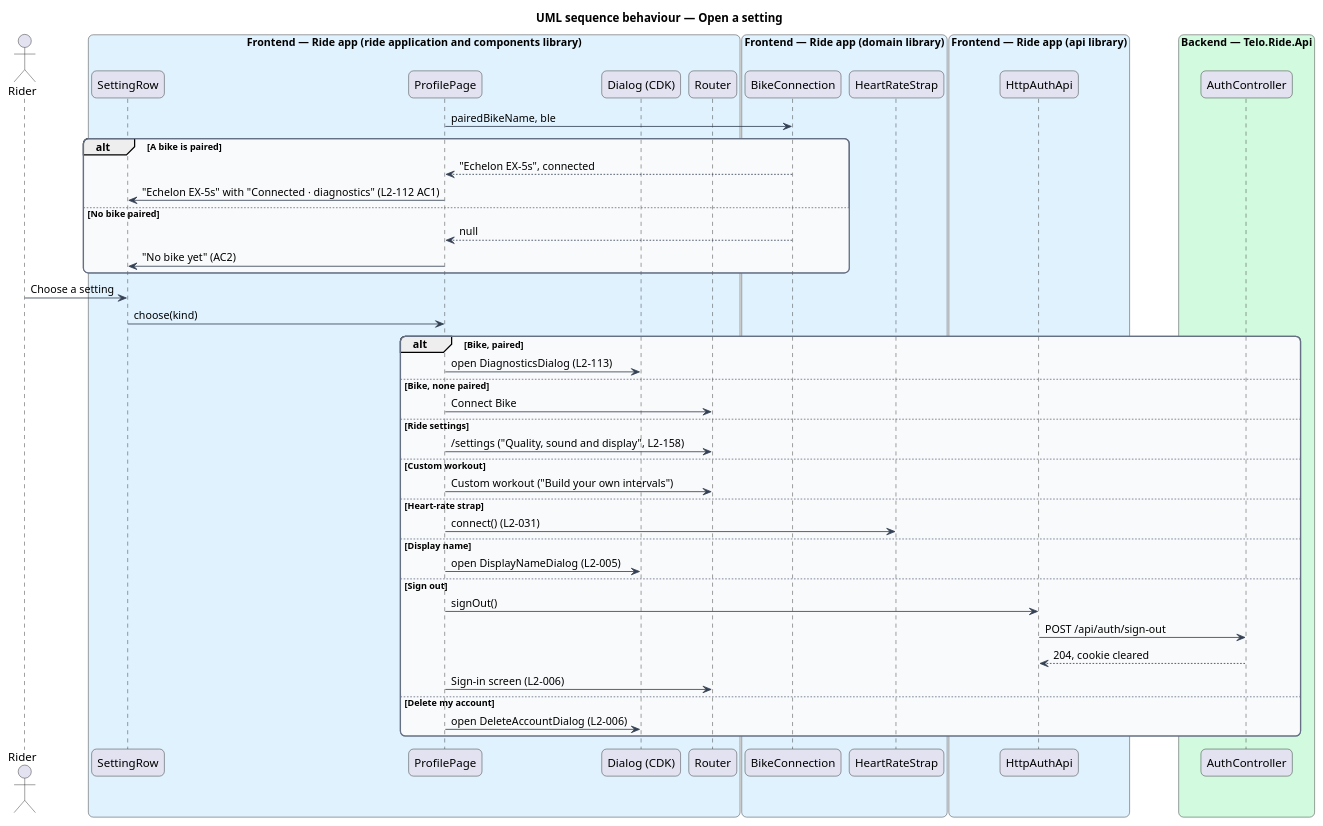
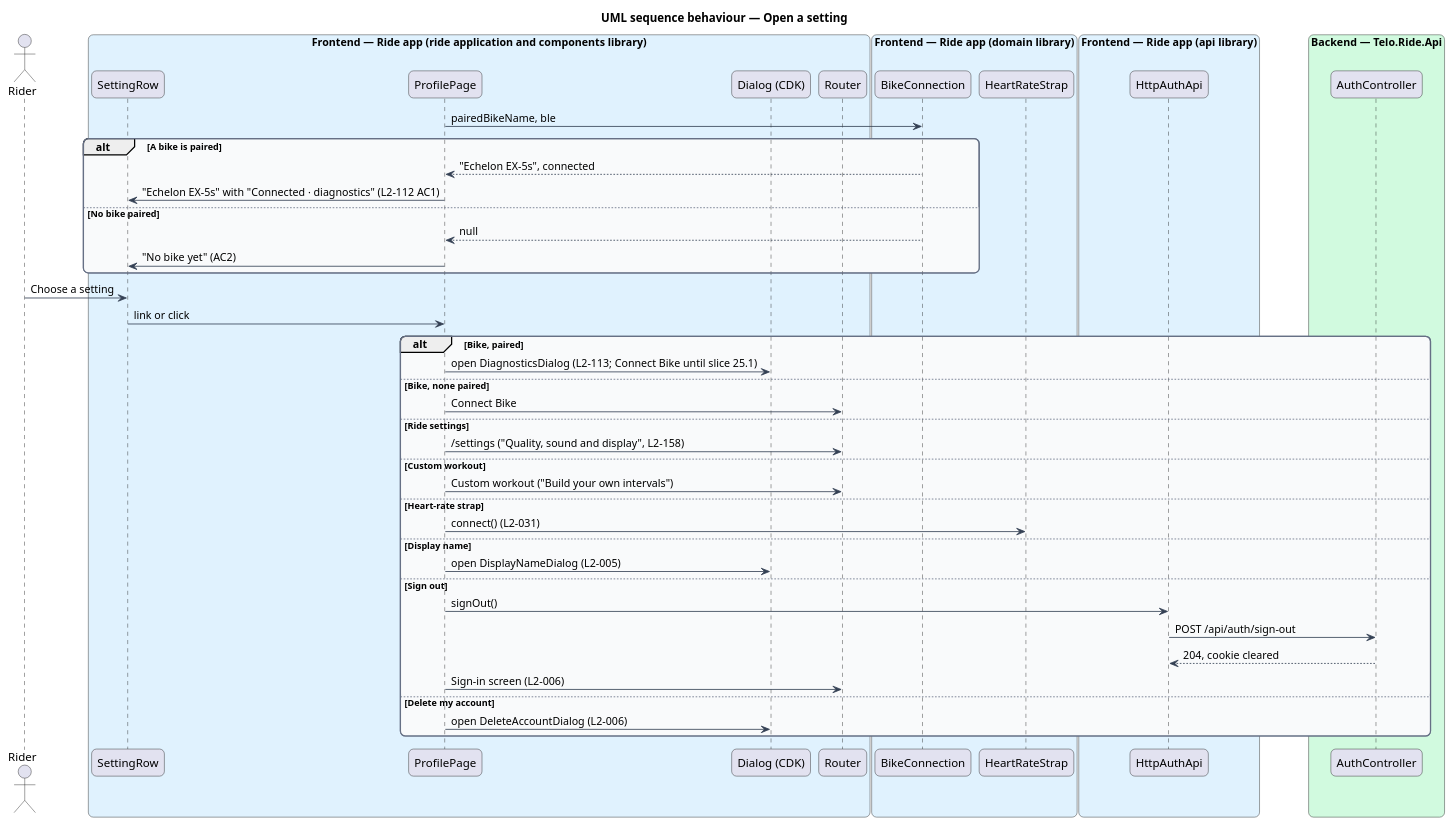
Before and after one commit to QuinntyneBrown/ride-one: the diagram in docs/detailed-designs/profile/change-settings/diagrams/sequence-open-a-setting.puml, drawn with PlantUML. The commit also changed 12 other files, not shown here.

First line of the commit message:
Add the bike, Ride settings and Custom workout rows to Profile (slice 13.3)

```diff
--- a/docs/detailed-designs/profile/change-settings/diagrams/sequence-open-a-setting.puml
+++ b/docs/detailed-designs/profile/change-settings/diagrams/sequence-open-a-setting.puml
@@ -1,64 +1,64 @@
 @startuml
 title UML sequence behaviour — Open a setting
 skinparam backgroundColor #FFFFFF
 skinparam shadowing false
 skinparam roundcorner 12
 skinparam defaultFontName Arial
 skinparam ArrowColor #344054
 skinparam rectangle {
   BorderColor #344054
   FontColor #101828
 }
 skinparam package {
   BorderColor #667085
   FontColor #101828
   BackgroundColor #F9FAFB
 }
 actor "Rider" as actor
 box "Frontend — Ride app (ride application and components library)" #E0F2FE
   participant "SettingRow" as row
   participant "ProfilePage" as page
   participant "Dialog (CDK)" as dialog
   participant "Router" as router
 end box
 box "Frontend — Ride app (domain library)" #E0F2FE
   participant "BikeConnection" as bike
   participant "HeartRateStrap" as strap
 end box
 box "Frontend — Ride app (api library)" #E0F2FE
   participant "HttpAuthApi" as auth
 end box
 box "Backend — Telo.Ride.Api" #D1FADF
   participant "AuthController" as ctrl
 end box
 page -> bike : pairedBikeName, ble
 alt A bike is paired
   bike --> page : "Echelon EX-5s", connected
   page -> row : "Echelon EX-5s" with "Connected · diagnostics" (L2-112 AC1)
 else No bike paired
   bike --> page : null
   page -> row : "No bike yet" (AC2)
 end
 actor -> row : Choose a setting
-row -> page : choose(kind)
+row -> page : link or click
 alt Bike, paired
-  page -> dialog : open DiagnosticsDialog (L2-113)
+  page -> dialog : open DiagnosticsDialog (L2-113; Connect Bike until slice 25.1)
 else Bike, none paired
   page -> router : Connect Bike
 else Ride settings
   page -> router : /settings ("Quality, sound and display", L2-158)
 else Custom workout
   page -> router : Custom workout ("Build your own intervals")
 else Heart-rate strap
   page -> strap : connect() (L2-031)
 else Display name
   page -> dialog : open DisplayNameDialog (L2-005)
 else Sign out
   page -> auth : signOut()
   auth -> ctrl : POST /api/auth/sign-out
   ctrl --> auth : 204, cookie cleared
   page -> router : Sign-in screen (L2-006)
 else Delete my account
   page -> dialog : open DeleteAccountDialog (L2-006)
 end
 @enduml
```
